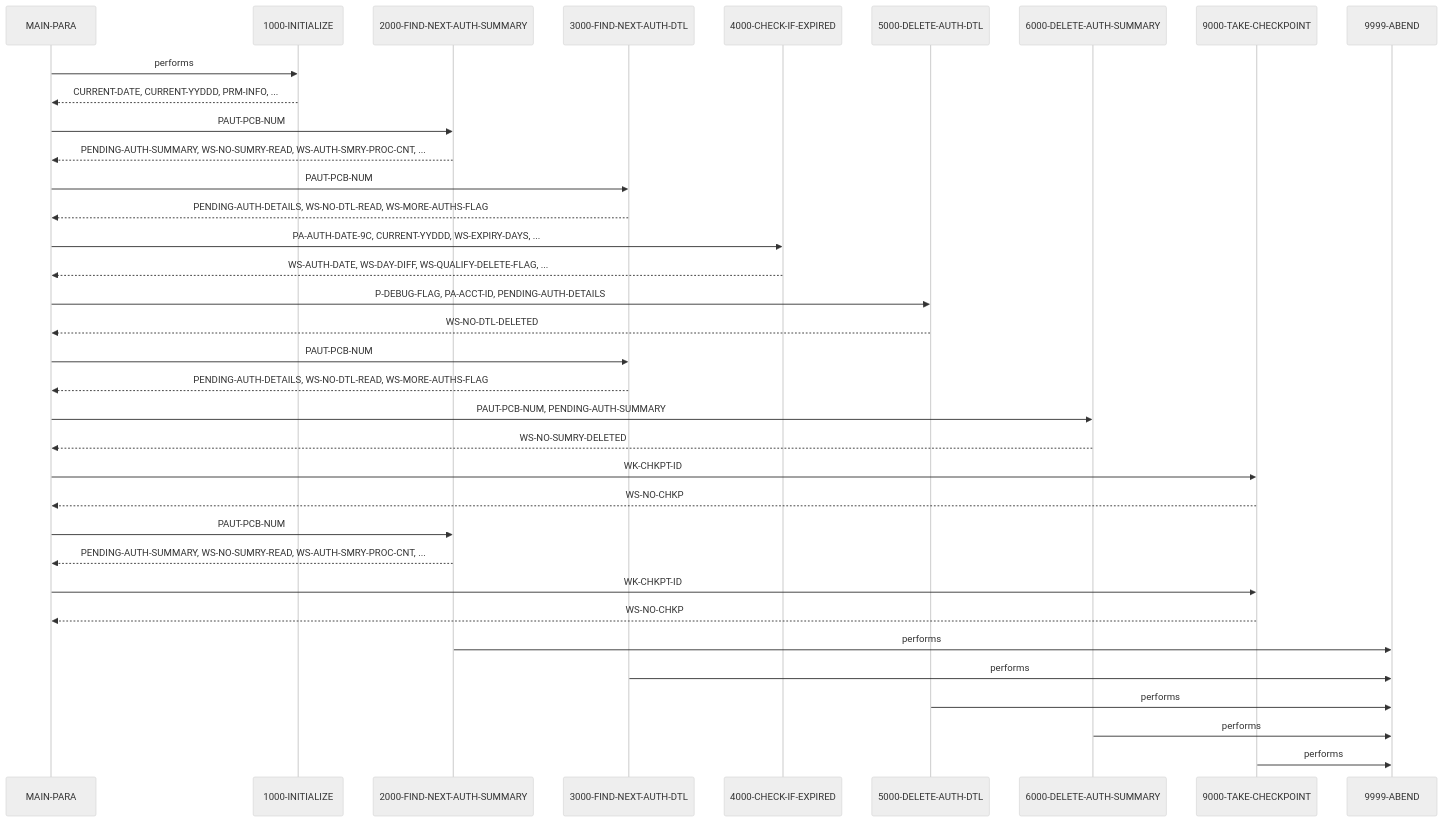
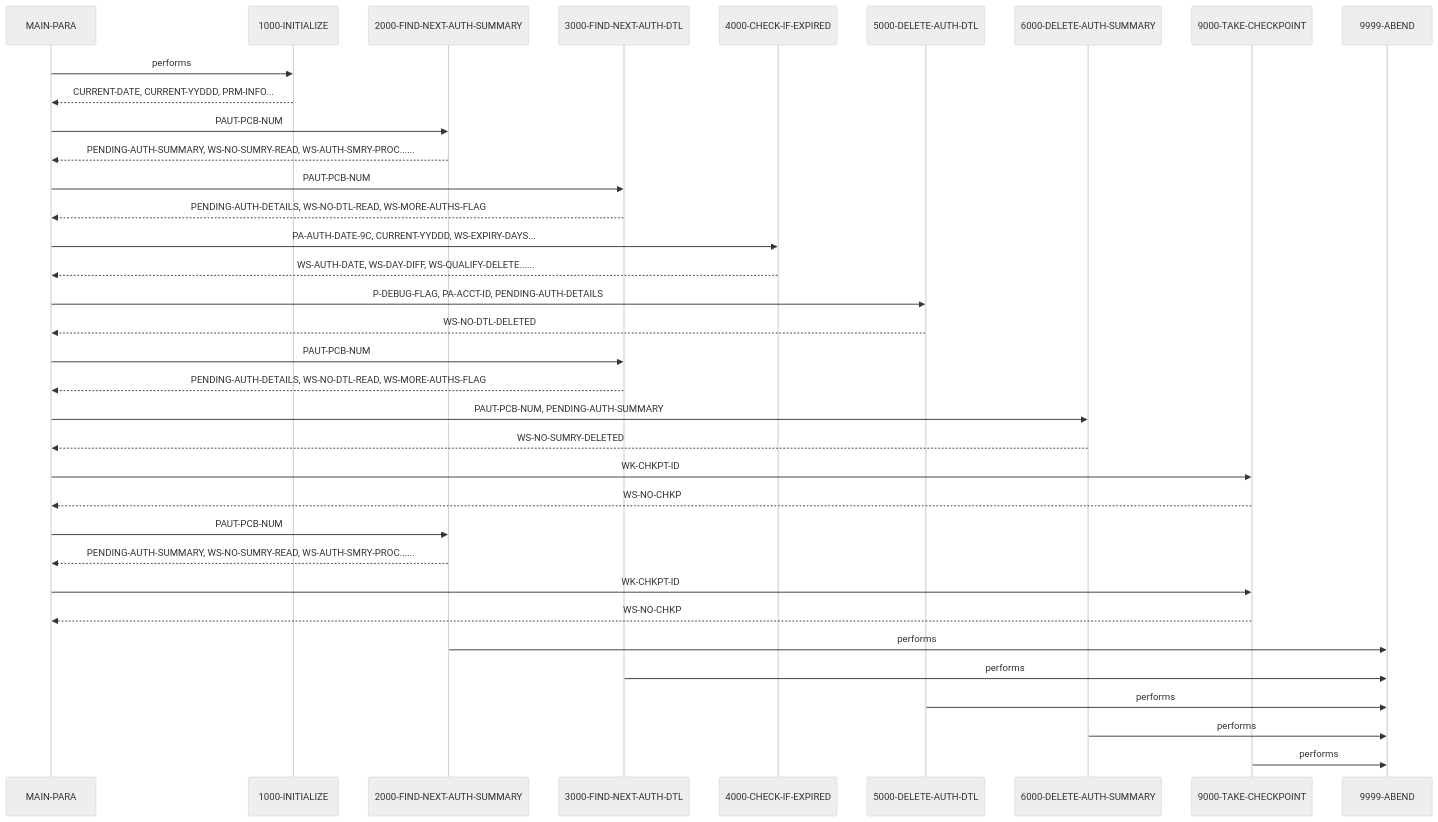
The diagram in example_output/documentation/cbl/CBPAUP0C.cbl.md (andrasfe/war_rig), drawn with Mermaid (neutral theme) before and after one commit. The commit also changed other lines of this file and 35 other files, not shown here.

````diff
--- a/example_output/documentation/cbl/CBPAUP0C.cbl.md
+++ b/example_output/documentation/cbl/CBPAUP0C.cbl.md
@@ -134,28 +240,28 @@
 ```mermaid
 sequenceDiagram
     MAIN-PARA->>1000-INITIALIZE: performs
-    1000-INITIALIZE-->>MAIN-PARA: CURRENT-DATE, CURRENT-YYDDD, PRM-INFO, ...
+    1000-INITIALIZE-->>MAIN-PARA: CURRENT-DATE, CURRENT-YYDDD, PRM-INFO...
     MAIN-PARA->>2000-FIND-NEXT-AUTH-SUMMARY: PAUT-PCB-NUM
-    2000-FIND-NEXT-AUTH-SUMMARY-->>MAIN-PARA: PENDING-AUTH-SUMMARY, WS-NO-SUMRY-READ, WS-AUTH-SMRY-PROC-CNT, ...
+    2000-FIND-NEXT-AUTH-SUMMARY-->>MAIN-PARA: PENDING-AUTH-SUMMARY, WS-NO-SUMRY-READ, WS-AUTH-SMRY-PROC......
     MAIN-PARA->>3000-FIND-NEXT-AUTH-DTL: PAUT-PCB-NUM
     3000-FIND-NEXT-AUTH-DTL-->>MAIN-PARA: PENDING-AUTH-DETAILS, WS-NO-DTL-READ, WS-MORE-AUTHS-FLAG
-    MAIN-PARA->>4000-CHECK-IF-EXPIRED: PA-AUTH-DATE-9C, CURRENT-YYDDD, WS-EXPIRY-DAYS, ...
-    4000-CHECK-IF-EXPIRED-->>MAIN-PARA: WS-AUTH-DATE, WS-DAY-DIFF, WS-QUALIFY-DELETE-FLAG, ...
+    MAIN-PARA->>4000-CHECK-IF-EXPIRED: PA-AUTH-DATE-9C, CURRENT-YYDDD, WS-EXPIRY-DAYS...
+    4000-CHECK-IF-EXPIRED-->>MAIN-PARA: WS-AUTH-DATE, WS-DAY-DIFF, WS-QUALIFY-DELETE......
     MAIN-PARA->>5000-DELETE-AUTH-DTL: P-DEBUG-FLAG, PA-ACCT-ID, PENDING-AUTH-DETAILS
     5000-DELETE-AUTH-DTL-->>MAIN-PARA: WS-NO-DTL-DELETED
     MAIN-PARA->>3000-FIND-NEXT-AUTH-DTL: PAUT-PCB-NUM
     3000-FIND-NEXT-AUTH-DTL-->>MAIN-PARA: PENDING-AUTH-DETAILS, WS-NO-DTL-READ, WS-MORE-AUTHS-FLAG
     MAIN-PARA->>6000-DELETE-AUTH-SUMMARY: PAUT-PCB-NUM, PENDING-AUTH-SUMMARY
     6000-DELETE-AUTH-SUMMARY-->>MAIN-PARA: WS-NO-SUMRY-DELETED
     MAIN-PARA->>9000-TAKE-CHECKPOINT: WK-CHKPT-ID
     9000-TAKE-CHECKPOINT-->>MAIN-PARA: WS-NO-CHKP
     MAIN-PARA->>2000-FIND-NEXT-AUTH-SUMMARY: PAUT-PCB-NUM
-    2000-FIND-NEXT-AUTH-SUMMARY-->>MAIN-PARA: PENDING-AUTH-SUMMARY, WS-NO-SUMRY-READ, WS-AUTH-SMRY-PROC-CNT, ...
+    2000-FIND-NEXT-AUTH-SUMMARY-->>MAIN-PARA: PENDING-AUTH-SUMMARY, WS-NO-SUMRY-READ, WS-AUTH-SMRY-PROC......
     MAIN-PARA->>9000-TAKE-CHECKPOINT: WK-CHKPT-ID
     9000-TAKE-CHECKPOINT-->>MAIN-PARA: WS-NO-CHKP
     2000-FIND-NEXT-AUTH-SUMMARY->>9999-ABEND: performs
     3000-FIND-NEXT-AUTH-DTL->>9999-ABEND: performs
     5000-DELETE-AUTH-DTL->>9999-ABEND: performs
     6000-DELETE-AUTH-SUMMARY->>9999-ABEND: performs
     9000-TAKE-CHECKPOINT->>9999-ABEND: performs
 ```
````
